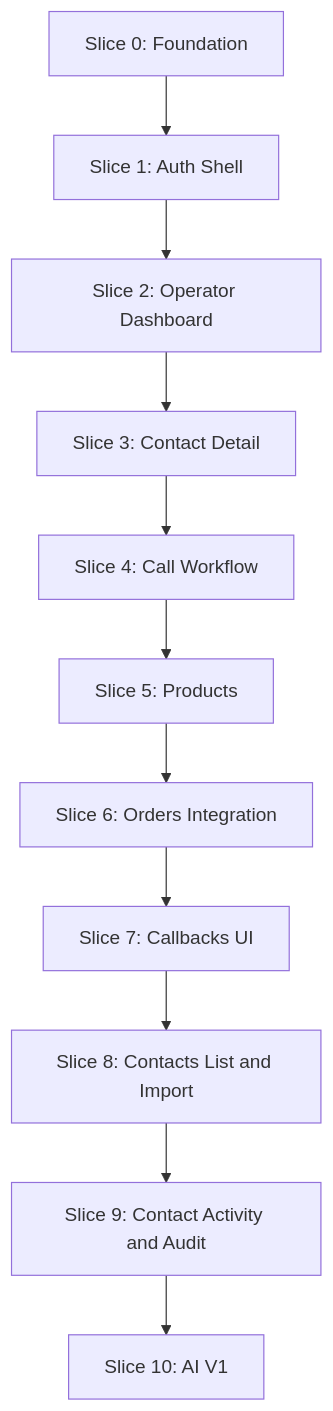
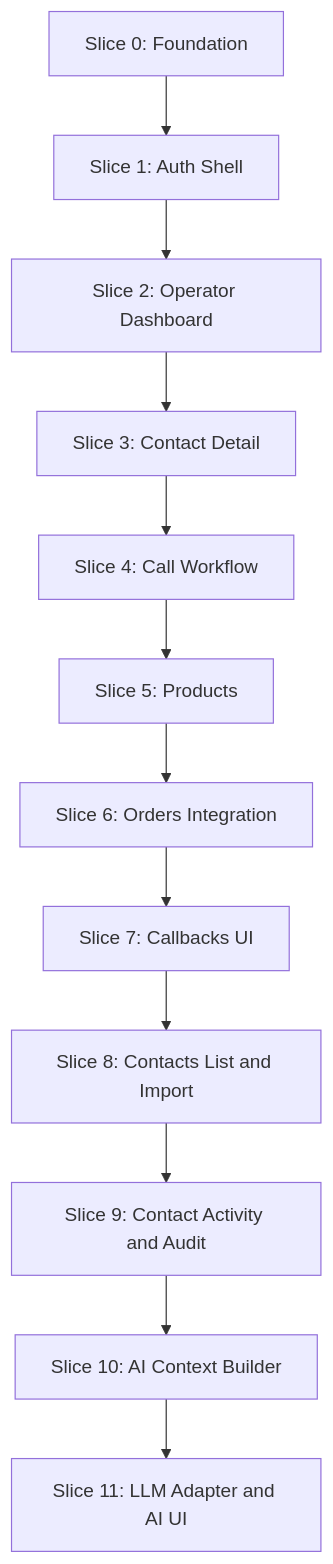
One commit to majkitostudio/velocity-crm changed the diagram in docs/IMPLEMENTATION_SEQUENCE.md. Above: the diagram before and after it, drawn with Mermaid. The commit also changed other lines of this file and 31 other files, not shown here.

First line of the commit message:
feat(ai): add contact AI context builder with context providers

````diff
--- a/docs/IMPLEMENTATION_SEQUENCE.md
+++ b/docs/IMPLEMENTATION_SEQUENCE.md
@@ -23,13 +23,14 @@
 ```mermaid
 flowchart TD
   S0[Slice 0: Foundation] --> S1[Slice 1: Auth Shell]
   S1 --> S2[Slice 2: Operator Dashboard]
   S2 --> S3[Slice 3: Contact Detail]
   S3 --> S4[Slice 4: Call Workflow]
   S4 --> S5[Slice 5: Products]
   S5 --> S6[Slice 6: Orders Integration]
   S6 --> S7[Slice 7: Callbacks UI]
   S7 --> S8[Slice 8: Contacts List and Import]
   S8 --> S9[Slice 9: Contact Activity and Audit]
-  S9 --> S10[Slice 10: AI V1]
+  S9 --> S10[Slice 10: AI Context Builder]
+  S10 --> S11[Slice 11: LLM Adapter and AI UI]
 ```
````
